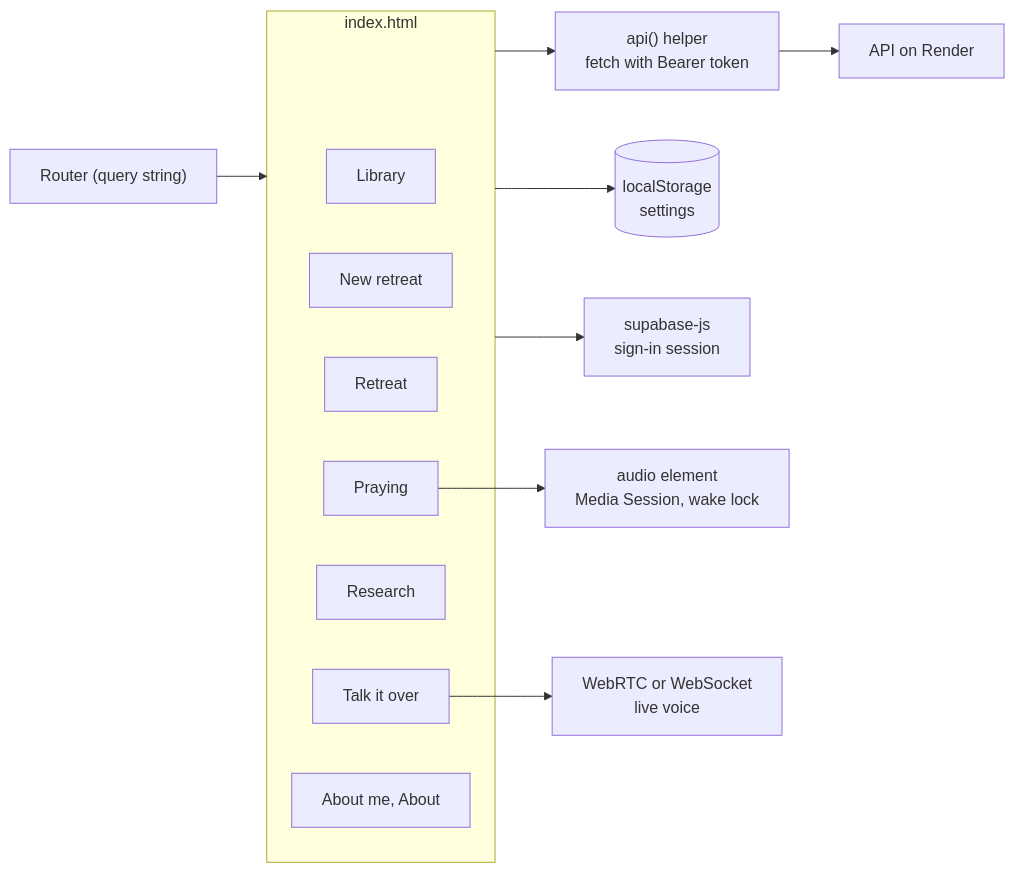
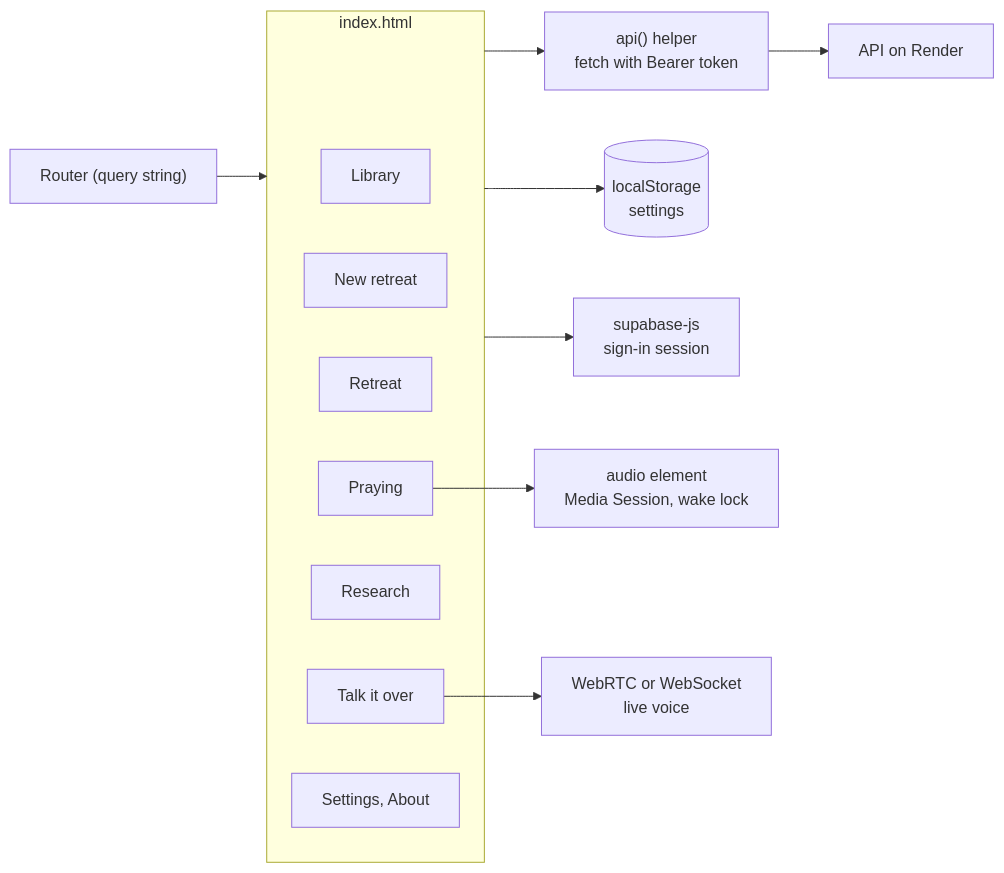
One commit to bcollier/ignatius-hw4-web changed the second of 2 diagrams in README.md. Above: the diagram before and after it, drawn with Mermaid. The commit also changed other lines of this file and 4 other files, not shown here.

First line of the commit message:
About me becomes Settings, linked at the bottom of every page

````diff
--- a/README.md
+++ b/README.md
@@ -508,19 +508,19 @@
 ```mermaid
 flowchart LR
     subgraph Page["index.html"]
         V1["Library"]
         V2["New retreat"]
         V3["Retreat"]
         V4["Praying"]
         V5["Research"]
         V6["Talk it over"]
-        V7["About me, About"]
+        V7["Settings, About"]
     end
     R["Router (query string)"] --> Page
     Page --> API["api() helper<br/>fetch with Bearer token"]
     Page --> LS[("localStorage<br/>settings")]
     Page --> SB["supabase-js<br/>sign-in session"]
     API --> SRV["API on Render"]
     V4 --> AU["audio element<br/>Media Session, wake lock"]
     V6 --> RT["WebRTC or WebSocket<br/>live voice"]
 ```
````
